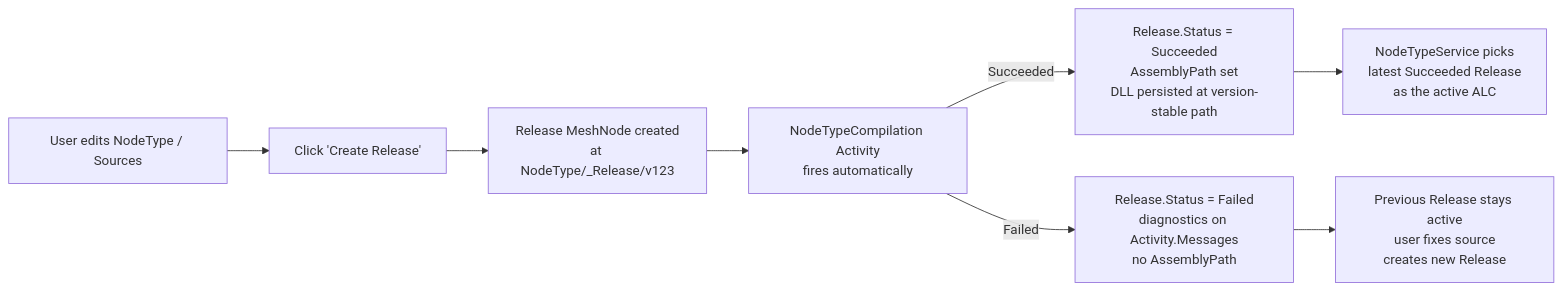
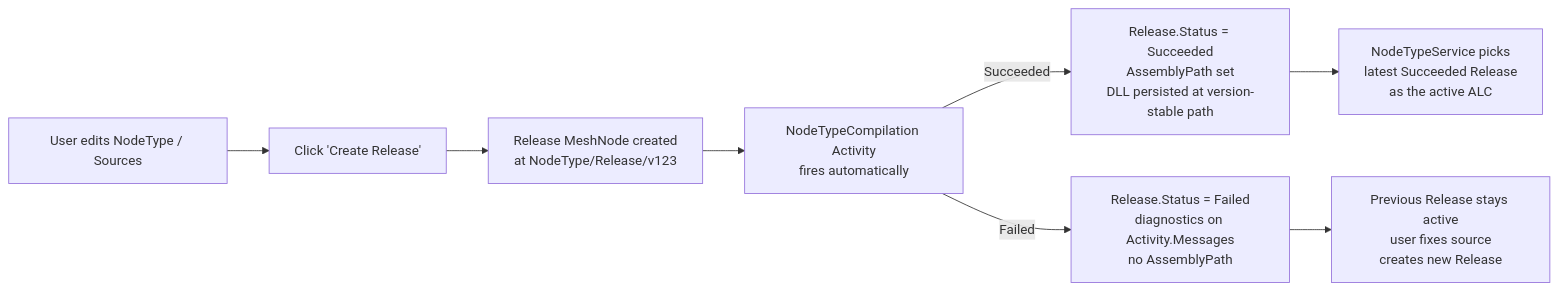
One commit to Systemorph/MeshWeaver changed the diagram in src/MeshWeaver.Documentation/Data/Architecture/Postmortems/NodeTypeReleaseRedesign.md. Above: the diagram before and after it, drawn with Mermaid. The commit also changed other lines of this file and 74 other files, not shown here.

````diff
--- a/src/MeshWeaver.Documentation/Data/Architecture/Postmortems/NodeTypeReleaseRedesign.md
+++ b/src/MeshWeaver.Documentation/Data/Architecture/Postmortems/NodeTypeReleaseRedesign.md
@@ -33,10 +33,10 @@
 ```mermaid
 graph LR
     A[User edits NodeType / Sources] --> B[Click 'Create Release']
-    B --> C[Release MeshNode created<br/>at NodeType/_Release/v123]
+    B --> C[Release MeshNode created<br/>at NodeType/Release/v123]
     C --> D[NodeTypeCompilation Activity<br/>fires automatically]
     D -->|Succeeded| E[Release.Status = Succeeded<br/>AssemblyPath set<br/>DLL persisted at version-stable path]
     D -->|Failed| F[Release.Status = Failed<br/>diagnostics on Activity.Messages<br/>no AssemblyPath]
     E --> G[NodeTypeService picks<br/>latest Succeeded Release<br/>as the active ALC]
     F --> H[Previous Release stays active<br/>user fixes source<br/>creates new Release]
 ```
````
